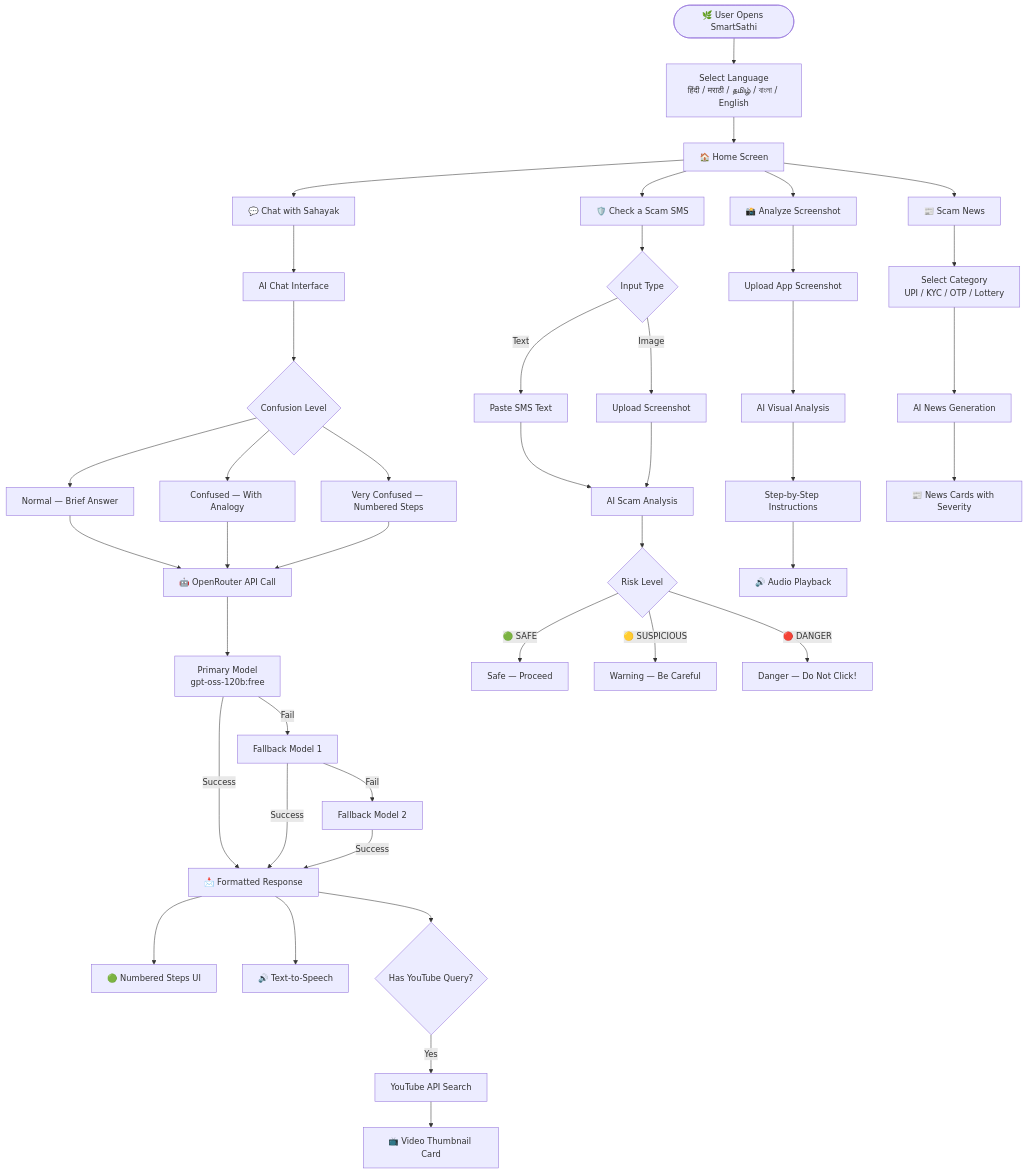
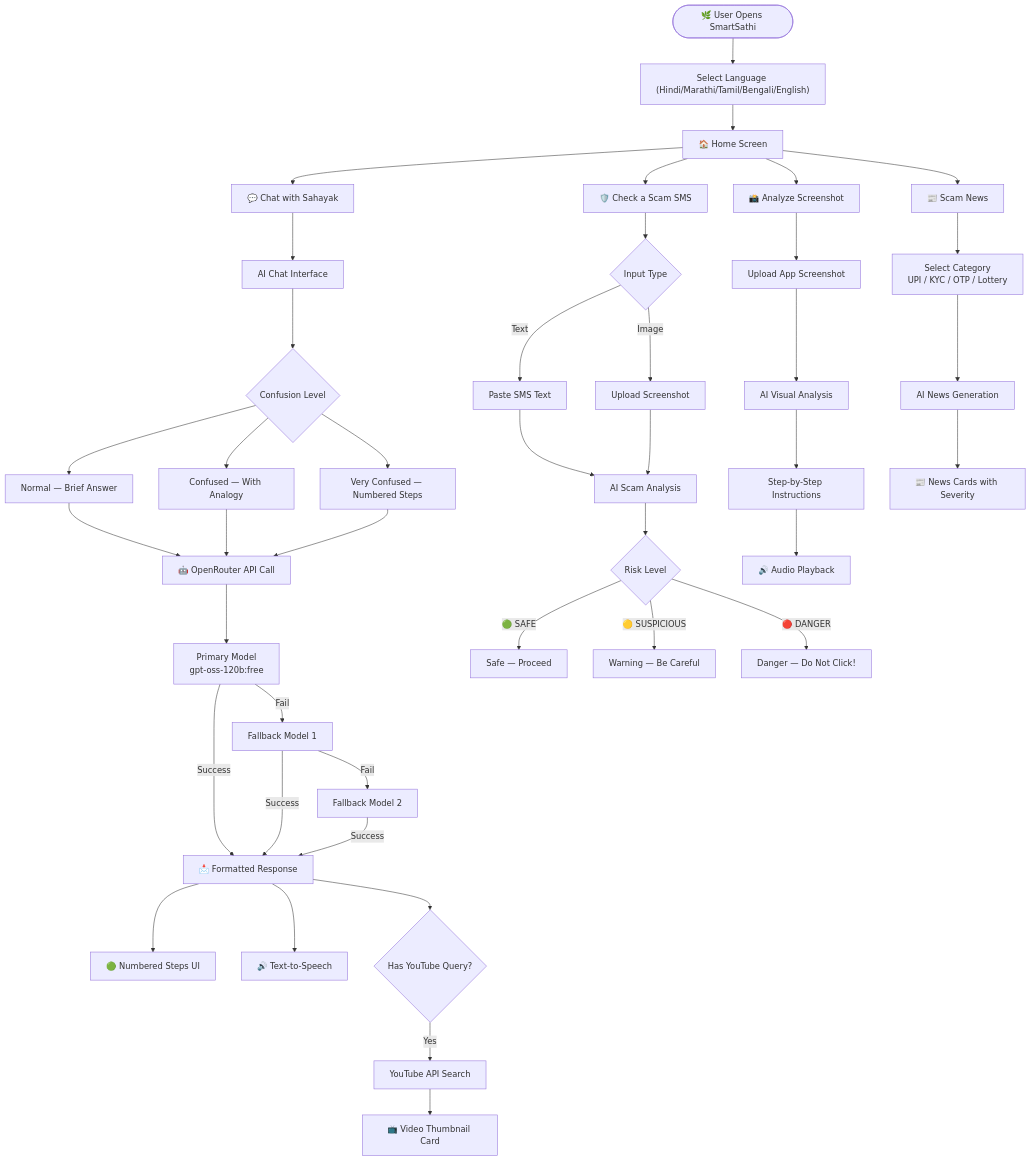
Before and after one commit to atharv3046/SAHAYAK: the second of 2 diagrams in README.md, drawn with Mermaid. The commit also changed other lines of this file, not shown here.

Commit message:
docs: Fix mermaid syntax and placeholder image URLs in README

````diff
--- a/README.md
+++ b/README.md
@@ -117,52 +117,52 @@
 ```mermaid
 flowchart TD
-    START([🌿 User Opens SmartSathi]) --> LANG[Select Language\nहिंदी / मराठी / தமிழ் / বাংলা / English]
-    LANG --> HOME[🏠 Home Screen]
+    START(["🌿 User Opens SmartSathi"]) --> LANG["Select Language (Hindi/Marathi/Tamil/Bengali/English)"]
+    LANG --> HOME["🏠 Home Screen"]
 
-    HOME --> CHAT_BTN[💬 Chat with Sahayak]
-    HOME --> SCAM_BTN[🛡️ Check a Scam SMS]
-    HOME --> SS_BTN[📸 Analyze Screenshot]
-    HOME --> NEWS_BTN[📰 Scam News]
+    HOME --> CHAT_BTN["💬 Chat with Sahayak"]
+    HOME --> SCAM_BTN["🛡️ Check a Scam SMS"]
+    HOME --> SS_BTN["📸 Analyze Screenshot"]
+    HOME --> NEWS_BTN["📰 Scam News"]
 
     CHAT_BTN --> CHAT[AI Chat Interface]
     CHAT --> LEVEL{Confusion Level}
     LEVEL --> NORMAL[Normal — Brief Answer]
     LEVEL --> CONFUSED[Confused — With Analogy]
     LEVEL --> VERY_CONFUSED[Very Confused — Numbered Steps]
 
     NORMAL --> AI_CALL[🤖 OpenRouter API Call]
     CONFUSED --> AI_CALL
     VERY_CONFUSED --> AI_CALL
 
     AI_CALL --> PRIMARY[Primary Model\ngpt-oss-120b:free]
     PRIMARY -->|Success| RESPONSE[📩 Formatted Response]
     PRIMARY -->|Fail| FALLBACK1[Fallback Model 1]
     FALLBACK1 -->|Fail| FALLBACK2[Fallback Model 2]
     FALLBACK1 -->|Success| RESPONSE
     FALLBACK2 -->|Success| RESPONSE
 
     RESPONSE --> STEPS[🟢 Numbered Steps UI]
     RESPONSE --> TTS[🔊 Text-to-Speech]
     RESPONSE --> YT_CHECK{Has YouTube Query?}
     YT_CHECK -->|Yes| YT_API[YouTube API Search]
     YT_API --> YT_CARD[📺 Video Thumbnail Card]
 
     SCAM_BTN --> SCAM_INPUT{Input Type}
     SCAM_INPUT -->|Text| SCAM_TEXT[Paste SMS Text]
     SCAM_INPUT -->|Image| SCAM_IMG[Upload Screenshot]
     SCAM_TEXT --> SCAM_AI[AI Scam Analysis]
     SCAM_IMG --> SCAM_AI
     SCAM_AI --> RISK{Risk Level}
     RISK -->|🟢 SAFE| SAFE_RESULT[Safe — Proceed]
     RISK -->|🟡 SUSPICIOUS| SUS_RESULT[Warning — Be Careful]
     RISK -->|🔴 DANGER| DANGER_RESULT[Danger — Do Not Click!]
 
     SS_BTN --> SS_UPLOAD[Upload App Screenshot]
     SS_UPLOAD --> SS_AI[AI Visual Analysis]
     SS_AI --> SS_STEPS[Step-by-Step Instructions]
     SS_STEPS --> SS_AUDIO[🔊 Audio Playback]
 
     NEWS_BTN --> NEWS_CAT[Select Category\nUPI / KYC / OTP / Lottery]
     NEWS_CAT --> NEWS_AI[AI News Generation]
     NEWS_AI --> NEWS_CARDS[📰 News Cards with Severity]
 ```
````
